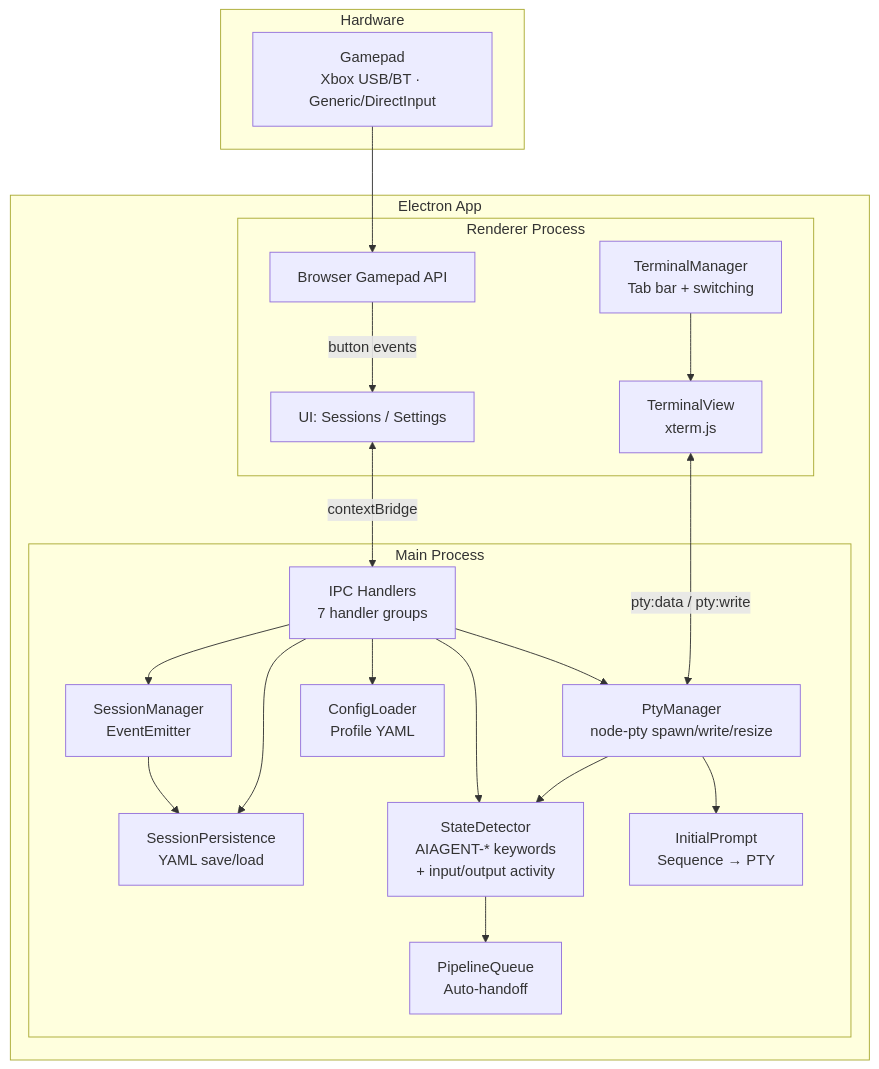
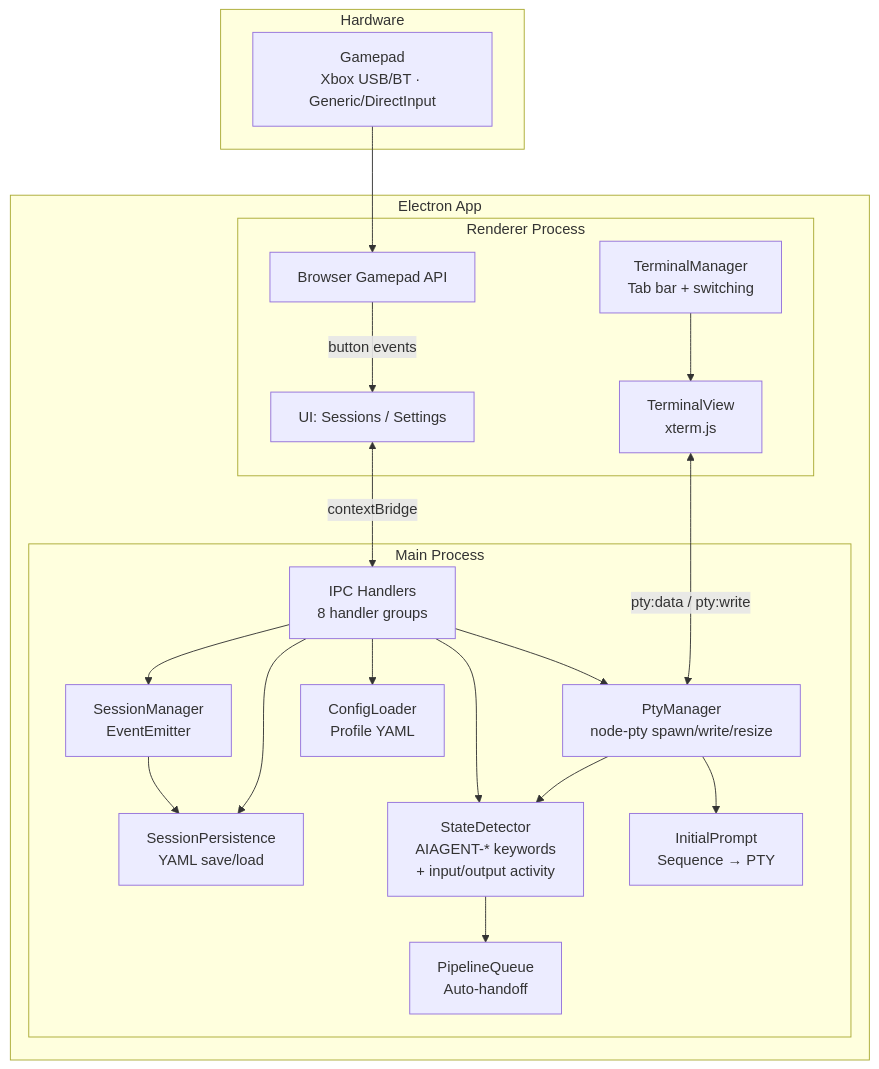
One commit to PetePeter/gamepad-cli-hub changed the diagram in CLAUDE.md. Above: the diagram before and after it, drawn with Mermaid. The commit also changed other lines of this file and 15 other files, not shown here.

````diff
--- a/CLAUDE.md
+++ b/CLAUDE.md
@@ -9,42 +9,42 @@
 ```mermaid
 graph TB
     subgraph Hardware
         XC[Gamepad<br/>Xbox USB/BT · Generic/DirectInput]
     end
 
     subgraph "Electron App"
         subgraph "Renderer Process"
             UI[UI: Sessions / Settings]
             BGA[Browser Gamepad API]
             TM[TerminalManager<br/>Tab bar + switching]
             TV[TerminalView<br/>xterm.js]
         end
 
         subgraph "Main Process"
-            IPC[IPC Handlers<br/>7 handler groups]
+            IPC[IPC Handlers<br/>8 handler groups]
             SM[SessionManager<br/>EventEmitter]
             SP[SessionPersistence<br/>YAML save/load]
             PTY[PtyManager<br/>node-pty spawn/write/resize]
             SD[StateDetector<br/>AIAGENT-* keywords<br/>+ input/output activity]
             PQ[PipelineQueue<br/>Auto-handoff]
             IP[InitialPrompt<br/>Sequence → PTY]
             CL[ConfigLoader<br/>Profile YAML]
         end
 
         UI <-->|contextBridge| IPC
         BGA -->|button events| UI
         TM --> TV
         TV <-->|pty:data / pty:write| PTY
     end
 
     XC --> BGA
     IPC --> SM
     IPC --> SP
     IPC --> PTY
     IPC --> CL
     SM --> SP
     PTY --> SD
     IPC --> SD
     SD --> PQ
     PTY --> IP
 ```
````
